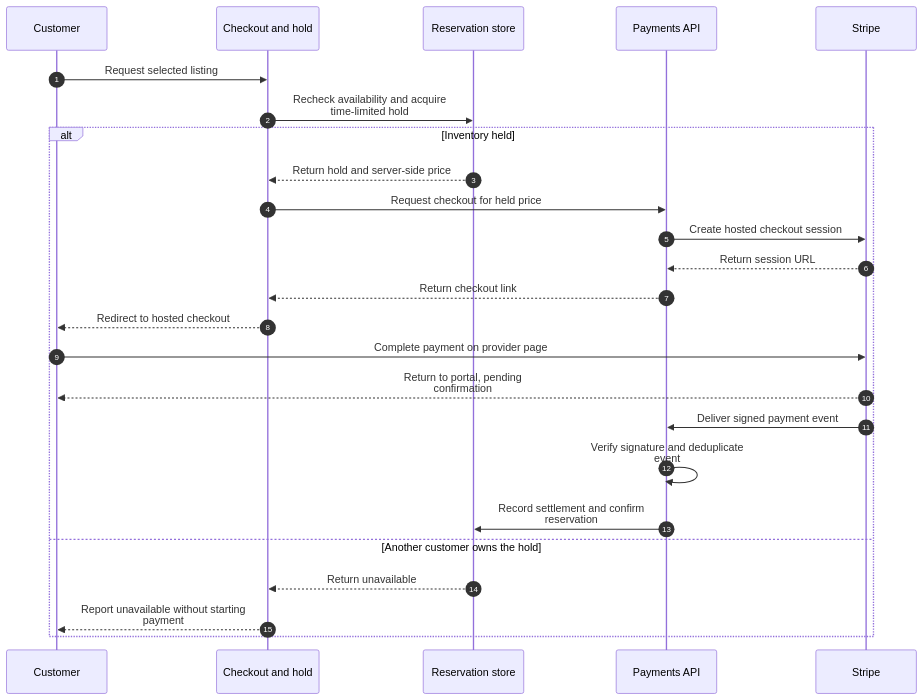
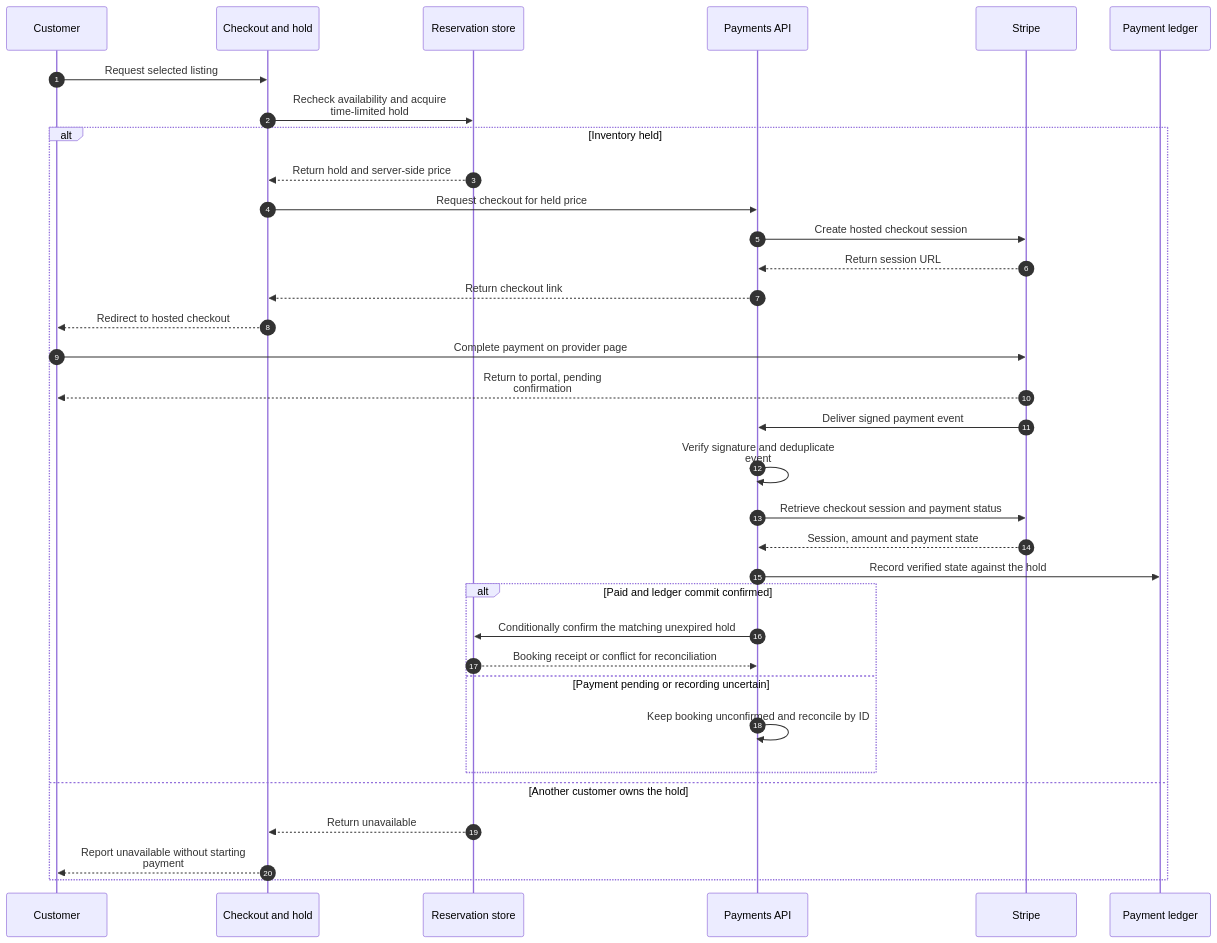
One commit to abhishek-ai-enabler/copilotstudio-architecture-patterns changed the second of 2 diagrams in solution-ideas/rental-search-checkout.md. Above: the diagram before and after it, drawn with Mermaid. The commit also changed other lines of this file and 168 other files, not shown here.

First line of the commit message:
Validate AI architecture reviews and illustrate every technical flow

````diff
--- a/solution-ideas/rental-search-checkout.md
+++ b/solution-ideas/rental-search-checkout.md
@@ -42,28 +47,37 @@
 ```mermaid
 sequenceDiagram
     accTitle: Rental discovery with a separate reservation and payment path - technical flow
     autonumber
     participant U as Customer
     participant C as Checkout and hold
     participant D as Reservation store
     participant P as Payments API
     participant T as Stripe
+    participant S as Payment ledger
     U->>C: Request selected listing
     C->>D: Recheck availability and acquire<br/>time-limited hold
     alt Inventory held
       D-->>C: Return hold and server-side price
       C->>P: Request checkout for held price
       P->>T: Create hosted checkout session
       T-->>P: Return session URL
       P-->>C: Return checkout link
       C-->>U: Redirect to hosted checkout
       U->>T: Complete payment on provider page
       T-->>U: Return to portal, pending<br/>confirmation
       T->>P: Deliver signed payment event
       P->>P: Verify signature and deduplicate<br/>event
-      P->>D: Record settlement and confirm<br/>reservation
+      P->>T: Retrieve checkout session and payment status
+      T-->>P: Session, amount and payment state
+      P->>S: Record verified state against the hold
+      alt Paid and ledger commit confirmed
+        P->>D: Conditionally confirm the matching unexpired hold
+        D-->>P: Booking receipt or conflict for reconciliation
+      else Payment pending or recording uncertain
+        P->>P: Keep booking unconfirmed and reconcile by ID
+      end
     else Another customer owns the hold
       D-->>C: Return unavailable
       C-->>U: Report unavailable without starting<br/>payment
     end
 ```
````
